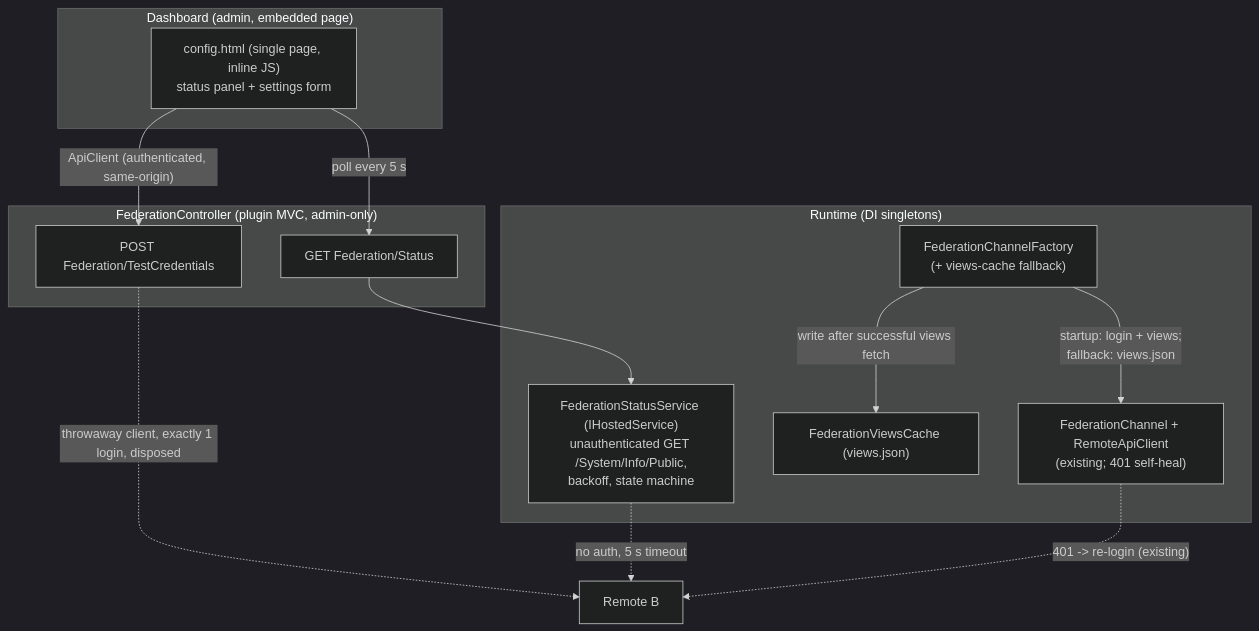
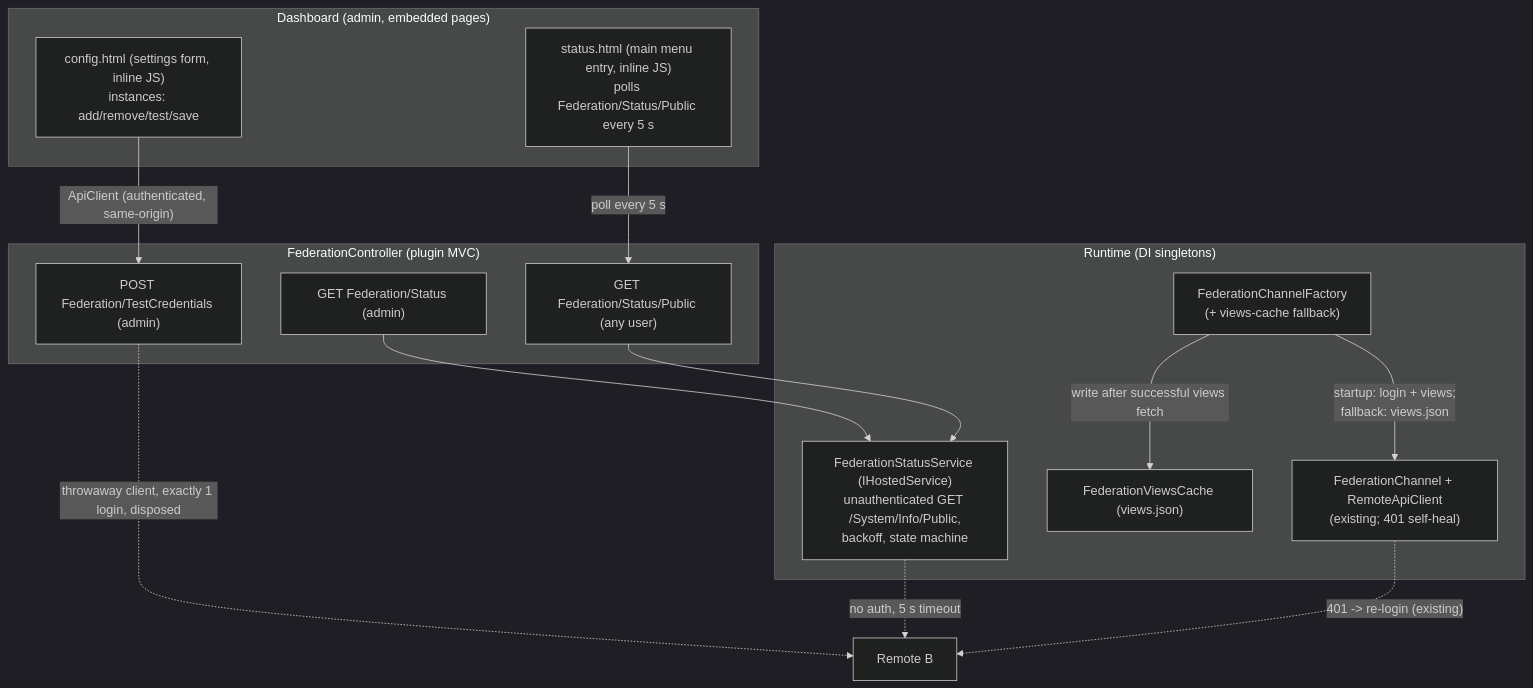
Before and after one commit to towi/jellyfin-federation: the diagram in docs/pi/specs/2026-11-22-ui-and-status-design.md, drawn with Mermaid (dark theme). The commit also changed other lines of this file and 9 other files, not shown here.

First line of the commit message:
feat: split settings and status into two embedded pages

````diff
--- a/docs/pi/specs/2026-11-22-ui-and-status-design.md
+++ b/docs/pi/specs/2026-11-22-ui-and-status-design.md
@@ -55,26 +55,29 @@
 ```mermaid
 flowchart TB
-  subgraph UI["Dashboard (admin, embedded page)"]
-    C["config.html (single page, inline JS)<br/>status panel + settings form"]
+  subgraph UI["Dashboard (admin, embedded pages)"]
+    C["config.html (settings form, inline JS)<br/>instances: add/remove/test/save"]
+    SP["status.html (main menu entry, inline JS)<br/>polls Federation/Status/Public every 5 s"]
   end
-  subgraph API["FederationController (plugin MVC, admin-only)"]
-    T["POST Federation/TestCredentials"]
-    S["GET Federation/Status"]
+  subgraph API["FederationController (plugin MVC)"]
+    T["POST Federation/TestCredentials (admin)"]
+    S["GET Federation/Status (admin)"]
+    P["GET Federation/Status/Public (any user)"]
   end
   subgraph RT["Runtime (DI singletons)"]
     R["FederationStatusService (IHostedService)<br/>unauthenticated GET /System/Info/Public,<br/>backoff, state machine"]
     F["FederationChannelFactory<br/>(+ views-cache fallback)"]
     VC["FederationViewsCache (views.json)"]
     CA["FederationChannel + RemoteApiClient<br/>(existing; 401 self-heal)"]
   end
   B["Remote B"]
 
   C -- "ApiClient (authenticated, same-origin)" --> T
-  C -- "poll every 5 s" --> S
+  SP -- "poll every 5 s" --> P
   S --> R
+  P --> R
   T -. "throwaway client, exactly 1 login, disposed" .-> B
   R -. "no auth, 5 s timeout" .-> B
   F -- "startup: login + views;<br/>fallback: views.json" --> CA
   F -- "write after successful views fetch" --> VC
   CA -. "401 -> re-login (existing)" .-> B
 ```
````
